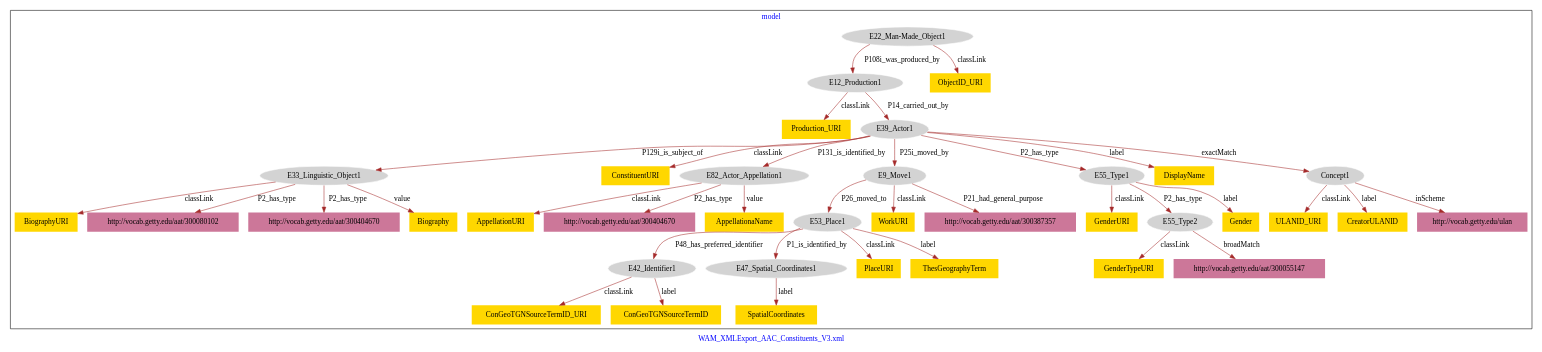
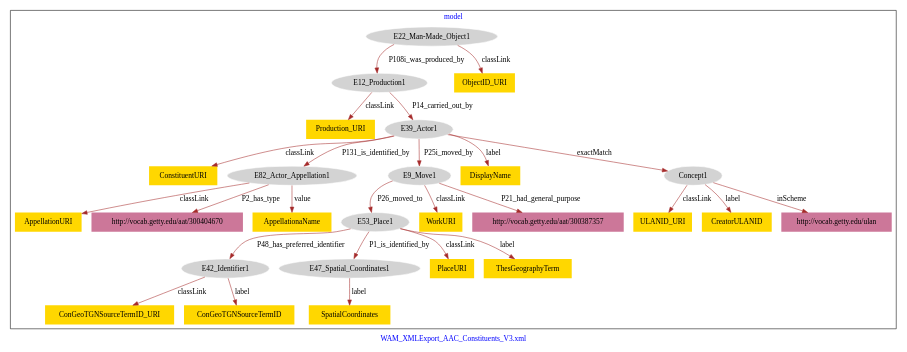
The diagram in WAM_AAC_Constituents/WAM_AAC_Institution-model.dot (american-art/wam), drawn with Graphviz before and after one commit.

Commit message:
Update file WAM_AAC_Institution-model.dot

```diff
--- a/WAM_AAC_Constituents/WAM_AAC_Institution-model.dot
+++ b/WAM_AAC_Constituents/WAM_AAC_Institution-model.dot
@@ -1,81 +1,59 @@
 digraph n0 {
 fontcolor="blue"
 remincross="true"
 label="WAM_XMLExport_AAC_Constituents_V3.xml"
 subgraph cluster {
 label="model"
 n2[style="filled",color="white",fillcolor="lightgray",label="E12_Production1"];
 n3[shape="plaintext",style="filled",fillcolor="gold",label="Production_URI"];
 n4[style="filled",color="white",fillcolor="lightgray",label="E39_Actor1"];
 n5[style="filled",color="white",fillcolor="lightgray",label="E22_Man-Made_Object1"];
 n6[shape="plaintext",style="filled",fillcolor="gold",label="ObjectID_URI"];
-n7[style="filled",color="white",fillcolor="lightgray",label="E33_Linguistic_Object1"];
-n8[shape="plaintext",style="filled",fillcolor="gold",label="BiographyURI"];
-n9[shape="plaintext",style="filled",fillcolor="#CC7799",label="http://vocab.getty.edu/aat/300080102"];
-n10[shape="plaintext",style="filled",fillcolor="#CC7799",label="http://vocab.getty.edu/aat/300404670"];
-n11[shape="plaintext",style="filled",fillcolor="gold",label="Biography"];
-n12[shape="plaintext",style="filled",fillcolor="gold",label="ConstituentURI"];
-n13[style="filled",color="white",fillcolor="lightgray",label="E82_Actor_Appellation1"];
-n14[style="filled",color="white",fillcolor="lightgray",label="E9_Move1"];
-n15[style="filled",color="white",fillcolor="lightgray",label="E55_Type1"];
-n16[shape="plaintext",style="filled",fillcolor="gold",label="DisplayName"];
-n17[style="filled",color="white",fillcolor="lightgray",label="Concept1"];
-n18[style="filled",color="white",fillcolor="lightgray",label="E42_Identifier1"];
-n19[shape="plaintext",style="filled",fillcolor="gold",label="ConGeoTGNSourceTermID_URI"];
-n20[shape="plaintext",style="filled",fillcolor="gold",label="ConGeoTGNSourceTermID"];
-n21[style="filled",color="white",fillcolor="lightgray",label="E47_Spatial_Coordinates1"];
-n22[shape="plaintext",style="filled",fillcolor="gold",label="SpatialCoordinates"];
-n23[style="filled",color="white",fillcolor="lightgray",label="E53_Place1"];
-n24[shape="plaintext",style="filled",fillcolor="gold",label="PlaceURI"];
-n25[shape="plaintext",style="filled",fillcolor="gold",label="ThesGeographyTerm"];
-n26[shape="plaintext",style="filled",fillcolor="gold",label="GenderURI"];
-n27[style="filled",color="white",fillcolor="lightgray",label="E55_Type2"];
-n28[shape="plaintext",style="filled",fillcolor="gold",label="Gender"];
-n29[shape="plaintext",style="filled",fillcolor="gold",label="GenderTypeURI"];
-n30[shape="plaintext",style="filled",fillcolor="#CC7799",label="http://vocab.getty.edu/aat/300055147"];
-n31[shape="plaintext",style="filled",fillcolor="gold",label="AppellationURI"];
-n32[shape="plaintext",style="filled",fillcolor="#CC7799",label="http://vocab.getty.edu/aat/300404670"];
-n33[shape="plaintext",style="filled",fillcolor="gold",label="AppellationaName"];
-n34[shape="plaintext",style="filled",fillcolor="gold",label="WorkURI"];
-n35[shape="plaintext",style="filled",fillcolor="#CC7799",label="http://vocab.getty.edu/aat/300387357"];
-n36[shape="plaintext",style="filled",fillcolor="gold",label="ULANID_URI"];
-n37[shape="plaintext",style="filled",fillcolor="gold",label="CreatorULANID"];
-n38[shape="plaintext",style="filled",fillcolor="#CC7799",label="http://vocab.getty.edu/ulan"];
+n7[shape="plaintext",style="filled",fillcolor="gold",label="ConstituentURI"];
+n8[style="filled",color="white",fillcolor="lightgray",label="E82_Actor_Appellation1"];
+n9[style="filled",color="white",fillcolor="lightgray",label="E9_Move1"];
+n10[shape="plaintext",style="filled",fillcolor="gold",label="DisplayName"];
+n11[style="filled",color="white",fillcolor="lightgray",label="Concept1"];
+n12[style="filled",color="white",fillcolor="lightgray",label="E42_Identifier1"];
+n13[shape="plaintext",style="filled",fillcolor="gold",label="ConGeoTGNSourceTermID_URI"];
+n14[shape="plaintext",style="filled",fillcolor="gold",label="ConGeoTGNSourceTermID"];
+n15[style="filled",color="white",fillcolor="lightgray",label="E47_Spatial_Coordinates1"];
+n16[shape="plaintext",style="filled",fillcolor="gold",label="SpatialCoordinates"];
+n17[style="filled",color="white",fillcolor="lightgray",label="E53_Place1"];
+n18[shape="plaintext",style="filled",fillcolor="gold",label="PlaceURI"];
+n19[shape="plaintext",style="filled",fillcolor="gold",label="ThesGeographyTerm"];
+n20[shape="plaintext",style="filled",fillcolor="gold",label="AppellationURI"];
+n21[shape="plaintext",style="filled",fillcolor="#CC7799",label="http://vocab.getty.edu/aat/300404670"];
+n22[shape="plaintext",style="filled",fillcolor="gold",label="AppellationaName"];
+n23[shape="plaintext",style="filled",fillcolor="gold",label="WorkURI"];
+n24[shape="plaintext",style="filled",fillcolor="#CC7799",label="http://vocab.getty.edu/aat/300387357"];
+n25[shape="plaintext",style="filled",fillcolor="gold",label="ULANID_URI"];
+n26[shape="plaintext",style="filled",fillcolor="gold",label="CreatorULANID"];
+n27[shape="plaintext",style="filled",fillcolor="#CC7799",label="http://vocab.getty.edu/ulan"];
 }
 n2 -> n3[color="brown",fontcolor="black",label="classLink"]
 n2 -> n4[color="brown",fontcolor="black",label="P14_carried_out_by"]
 n5 -> n6[color="brown",fontcolor="black",label="classLink"]
 n5 -> n2[color="brown",fontcolor="black",label="P108i_was_produced_by"]
-n7 -> n8[color="brown",fontcolor="black",label="classLink"]
-n7 -> n9[color="brown",fontcolor="black",label="P2_has_type"]
-n7 -> n10[color="brown",fontcolor="black",label="P2_has_type"]
-n7 -> n11[color="brown",fontcolor="black",label="value"]
-n4 -> n12[color="brown",fontcolor="black",label="classLink"]
-n4 -> n7[color="brown",fontcolor="black",label="P129i_is_subject_of"]
-n4 -> n13[color="brown",fontcolor="black",label="P131_is_identified_by"]
-n4 -> n14[color="brown",fontcolor="black",label="P25i_moved_by"]
-n4 -> n15[color="brown",fontcolor="black",label="P2_has_type"]
-n4 -> n16[color="brown",fontcolor="black",label="label"]
-n4 -> n17[color="brown",fontcolor="black",label="exactMatch"]
-n18 -> n19[color="brown",fontcolor="black",label="classLink"]
-n18 -> n20[color="brown",fontcolor="black",label="label"]
-n21 -> n22[color="brown",fontcolor="black",label="label"]
-n23 -> n24[color="brown",fontcolor="black",label="classLink"]
-n23 -> n21[color="brown",fontcolor="black",label="P1_is_identified_by"]
-n23 -> n18[color="brown",fontcolor="black",label="P48_has_preferred_identifier"]
-n23 -> n25[color="brown",fontcolor="black",label="label"]
-n15 -> n26[color="brown",fontcolor="black",label="classLink"]
-n15 -> n27[color="brown",fontcolor="black",label="P2_has_type"]
-n15 -> n28[color="brown",fontcolor="black",label="label"]
-n27 -> n29[color="brown",fontcolor="black",label="classLink"]
-n27 -> n30[color="brown",fontcolor="black",label="broadMatch"]
-n13 -> n31[color="brown",fontcolor="black",label="classLink"]
-n13 -> n32[color="brown",fontcolor="black",label="P2_has_type"]
-n13 -> n33[color="brown",fontcolor="black",label="value"]
-n14 -> n34[color="brown",fontcolor="black",label="classLink"]
-n14 -> n35[color="brown",fontcolor="black",label="P21_had_general_purpose"]
-n14 -> n23[color="brown",fontcolor="black",label="P26_moved_to"]
-n17 -> n36[color="brown",fontcolor="black",label="classLink"]
-n17 -> n37[color="brown",fontcolor="black",label="label"]
-n17 -> n38[color="brown",fontcolor="black",label="inScheme"]
+n4 -> n7[color="brown",fontcolor="black",label="classLink"]
+n4 -> n8[color="brown",fontcolor="black",label="P131_is_identified_by"]
+n4 -> n9[color="brown",fontcolor="black",label="P25i_moved_by"]
+n4 -> n10[color="brown",fontcolor="black",label="label"]
+n4 -> n11[color="brown",fontcolor="black",label="exactMatch"]
+n12 -> n13[color="brown",fontcolor="black",label="classLink"]
+n12 -> n14[color="brown",fontcolor="black",label="label"]
+n15 -> n16[color="brown",fontcolor="black",label="label"]
+n17 -> n18[color="brown",fontcolor="black",label="classLink"]
+n17 -> n15[color="brown",fontcolor="black",label="P1_is_identified_by"]
+n17 -> n12[color="brown",fontcolor="black",label="P48_has_preferred_identifier"]
+n17 -> n19[color="brown",fontcolor="black",label="label"]
+n8 -> n20[color="brown",fontcolor="black",label="classLink"]
+n8 -> n21[color="brown",fontcolor="black",label="P2_has_type"]
+n8 -> n22[color="brown",fontcolor="black",label="value"]
+n9 -> n23[color="brown",fontcolor="black",label="classLink"]
+n9 -> n24[color="brown",fontcolor="black",label="P21_had_general_purpose"]
+n9 -> n17[color="brown",fontcolor="black",label="P26_moved_to"]
+n11 -> n25[color="brown",fontcolor="black",label="classLink"]
+n11 -> n26[color="brown",fontcolor="black",label="label"]
+n11 -> n27[color="brown",fontcolor="black",label="inScheme"]
 }
```
